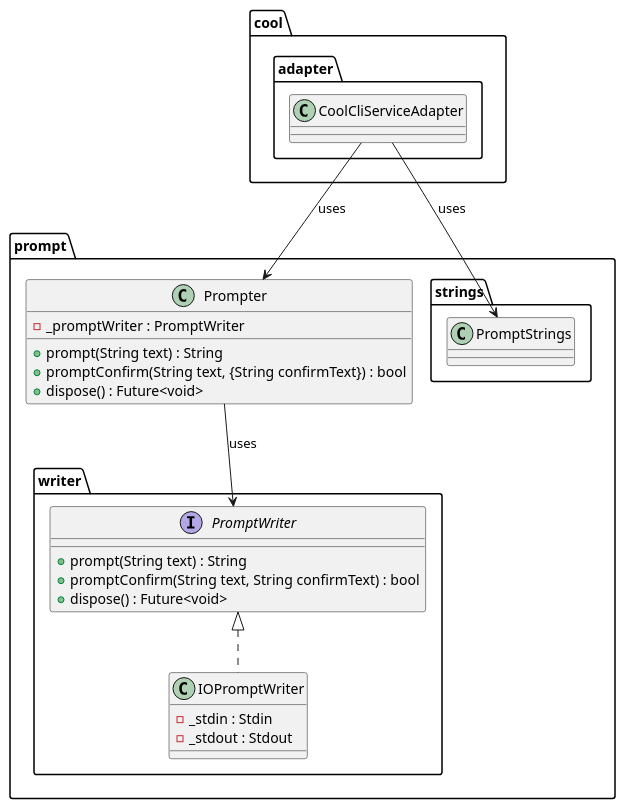
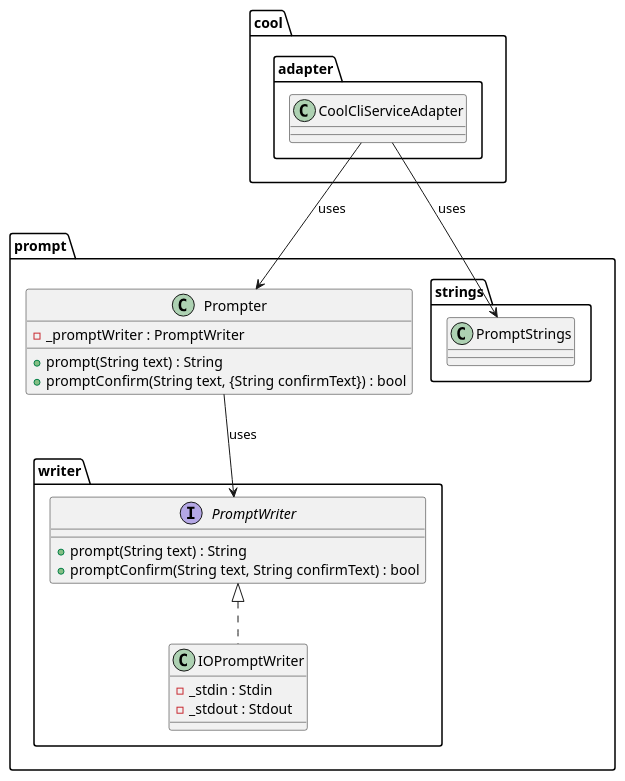
Before and after one commit to Flank/flank-dashboard: the diagram in metrics/cli/docs/diagrams/prompt_class_diagram.puml, drawn with PlantUML. The commit also changed 5 other files, not shown here.

```diff
--- a/metrics/cli/docs/diagrams/prompt_class_diagram.puml
+++ b/metrics/cli/docs/diagrams/prompt_class_diagram.puml
@@ -1,40 +1,38 @@
 @startuml prompt_class_diagram
 
 package prompt {
     package writer {
         interface PromptWriter {
             + prompt(String text) : String
             + promptConfirm(String text, String confirmText) : bool
-            + dispose() : Future<void>
         }
 
         class IOPromptWriter implements PromptWriter{
             - _stdin : Stdin
             - _stdout : Stdout
         }
     }
 
     package strings {
         class PromptStrings{}
     }
 
     class Prompter {
         - _promptWriter : PromptWriter
         + prompt(String text) : String
         + promptConfirm(String text, {String confirmText}) : bool
-        + dispose() : Future<void>
     }
 }
 
 package cool.adapter {
     class CoolCliServiceAdapter {
 
     }
 }
 
 Prompter --> PromptWriter : uses
 
 CoolCliServiceAdapter --> Prompter : uses
 CoolCliServiceAdapter --> PromptStrings : uses
 
 @enduml
```
